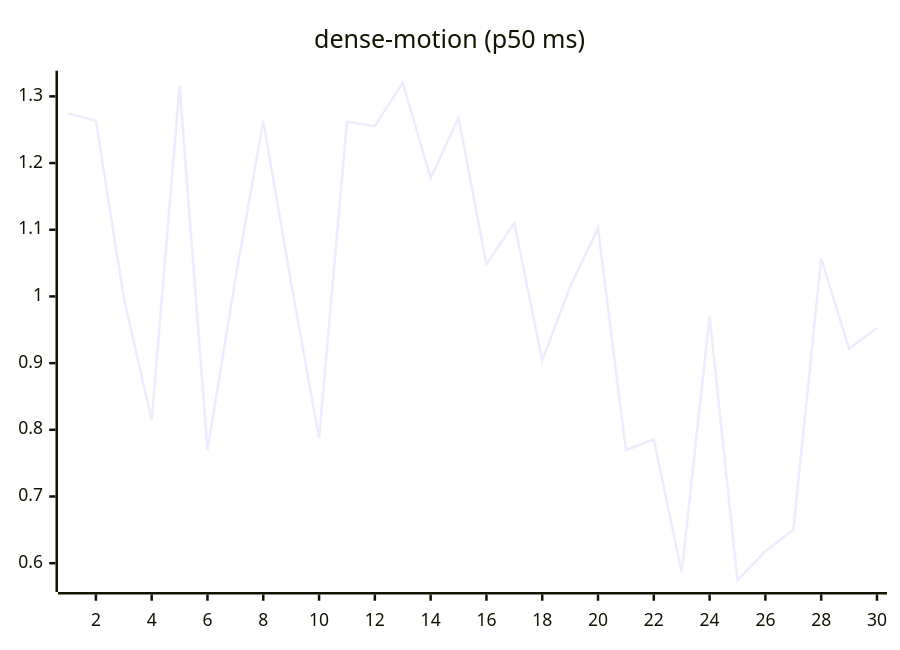
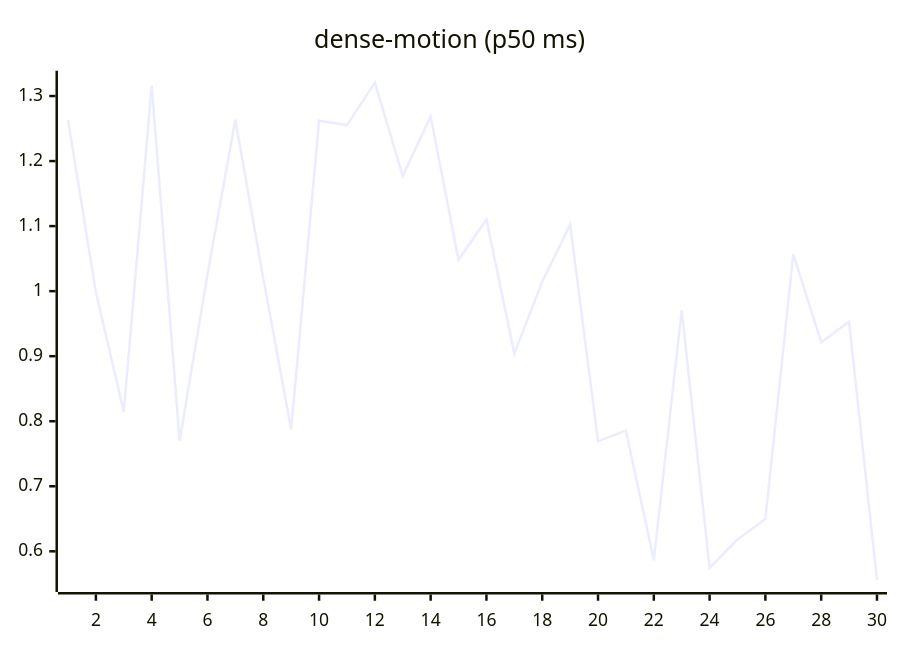
The ninth of 27 diagrams in README.md (josha/Facet), drawn with Mermaid before and after one commit. The commit also changed other lines of this file and 2 other files, not shown here.

````diff
--- a/README.md
+++ b/README.md
@@ -119,6 +119,6 @@
 ```mermaid
 xychart-beta
     title "dense-motion (p50 ms)"
     x-axis 1 --> 30
-    line [1.2742, 1.2636, 0.9981, 0.8144, 1.3160, 0.7697, 1.0258, 1.2636, 1.0200, 0.7874, 1.2619, 1.2553, 1.3206, 1.1772, 1.2685, 1.0480, 1.1102, 0.9040, 1.0144, 1.1023, 0.7695, 0.7856, 0.5862, 0.9706, 0.5746, 0.6181, 0.6498, 1.0567, 0.9215, 0.9530]
+    line [1.2636, 0.9981, 0.8144, 1.3160, 0.7697, 1.0258, 1.2636, 1.0200, 0.7874, 1.2619, 1.2553, 1.3206, 1.1772, 1.2685, 1.0480, 1.1102, 0.9040, 1.0144, 1.1023, 0.7695, 0.7856, 0.5862, 0.9706, 0.5746, 0.6181, 0.6498, 1.0567, 0.9215, 0.9530, 0.5557]
 ```
````
